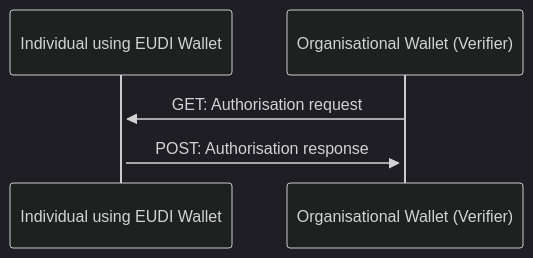
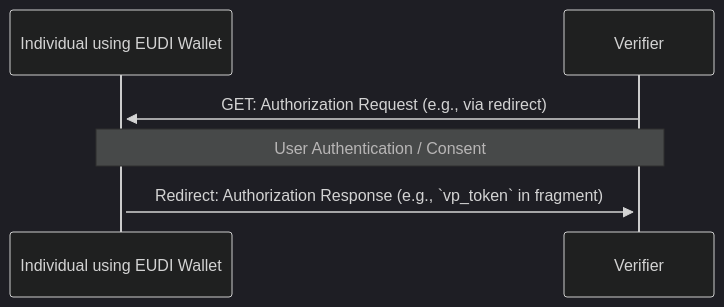
One commit to EWC-consortium/eudi-wallet-rfcs changed the first of 2 diagrams in ewc-rfc002-present-verifiable-credentials.md. Above: the diagram before and after it, drawn with Mermaid (dark theme). The commit also changed other lines of this file, not shown here.

````diff
--- a/ewc-rfc002-present-verifiable-credentials.md
+++ b/ewc-rfc002-present-verifiable-credentials.md
@@ -51,8 +71,9 @@
 ```mermaid
   sequenceDiagram
       participant I as Individual using EUDI Wallet
-      participant O as Organisational Wallet (Verifier)
+      participant V as Verifier
 
-      O->>+I: GET: Authorisation request
-      I->>+O: POST: Authorisation response
+      V->>+I: GET: Authorization Request (e.g., via redirect)
+      Note over I,V: User Authentication / Consent
+      I->>+V: Redirect: Authorization Response (e.g., `vp_token` in fragment)
 ```
````
